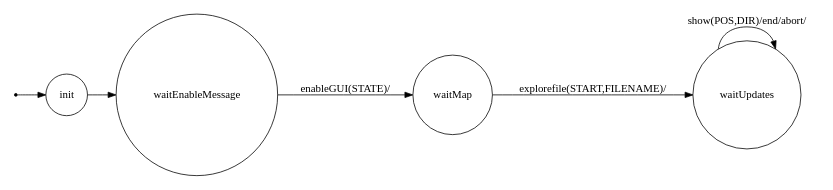
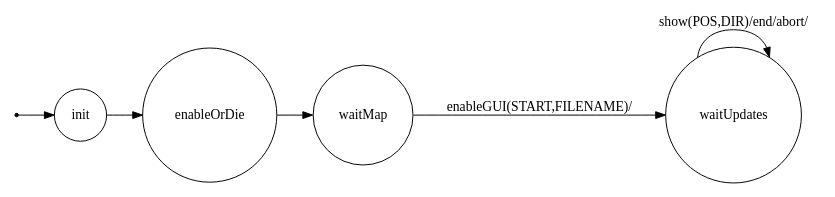
The diagram in SCOUT PROJECT 2017/it.unibo.iot.pasquali.scout.Robot/srcMore/it/unibo/guimanager/dotFsm.gv (dariopasquali/IOT_Planning), drawn with Graphviz before and after one commit. The commit also changed 42 other files, not shown here.

```diff
--- a/SCOUT PROJECT 2017/it.unibo.iot.pasquali.scout.Robot/srcMore/it/unibo/guimanager/dotFsm.gv
+++ b/SCOUT PROJECT 2017/it.unibo.iot.pasquali.scout.Robot/srcMore/it/unibo/guimanager/dotFsm.gv
@@ -1,26 +1,26 @@
 /*
 *
 * A GraphViz DOT FSM description 
 * Please use a GraphViz visualizer (like http://www.webgraphviz.com)
 * 
 * Generated by AM,NC,RM
 *  
 */
  
 digraph finite_state_machine {
   	rankdir=LR;
   	size="8,5"
   	node [shape = point]; iniziale;
   	node [shape = doublecircle]; 
   	node [shape = circle];
   	iniziale -> init [label = ""];
   	
   	
-  	init -> waitEnableMessage [ label = ""];
+  	init -> enableOrDie [ label = ""];
   	
-  	waitEnableMessage -> waitMap [ label = "enableGUI(STATE)/"];
+  	enableOrDie -> waitMap [ label = ""];
   	
-  	waitMap -> waitUpdates [ label = "explorefile(START,FILENAME)/"];
+  	waitMap -> waitUpdates [ label = "enableGUI(START,FILENAME)/"];
   	
   	waitUpdates -> waitUpdates [ label = "show(POS,DIR)/end/abort/"];
 }
```
